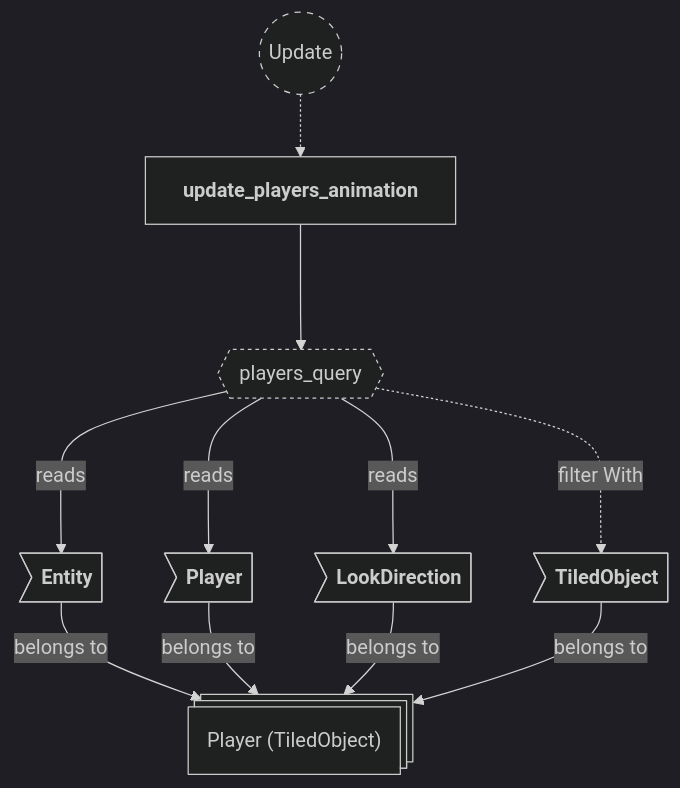
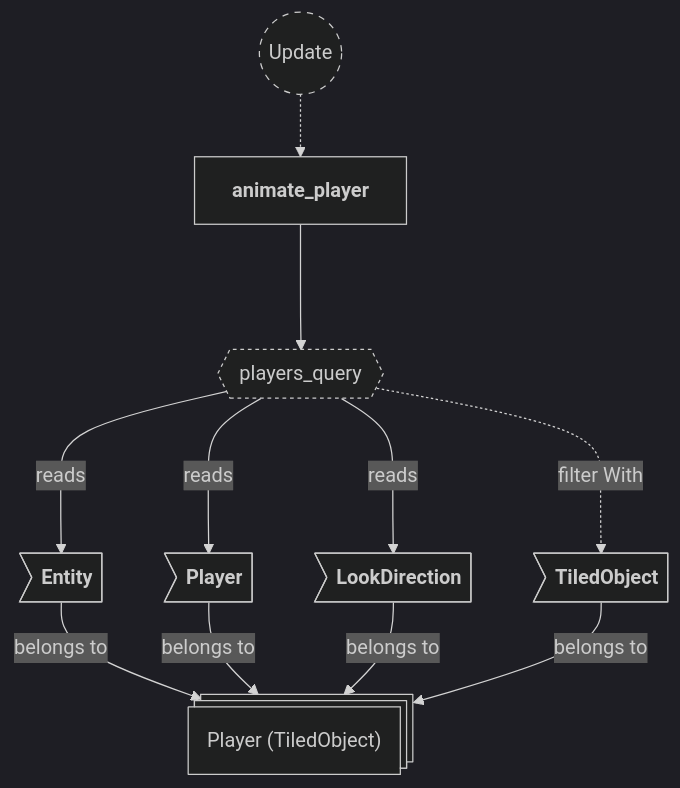
Before and after one commit to neurosoup/tyled: the fourth of 24 diagrams in backlog/docs/doc-5 - 004-Animations-plugin.md, drawn with Mermaid. The commit also changed other lines of this file and 4 other files, not shown here.

````diff
--- a/backlog/docs/doc-5 - 004-Animations-plugin.md
+++ b/backlog/docs/doc-5 - 004-Animations-plugin.md
@@ -191,30 +191,30 @@
 ```mermaid
 ---
 config:
   theme: dark
 ---
 
 flowchart TD
 classDef system-group stroke-dasharray: 5 5
 classDef query stroke-dasharray: 3 3
 
 update(("`Update`")):::system-group
-update_players_animation["`**update_players_animation**`"]
+animate_player["`**animate_player**`"]
 
-update -.-> update_players_animation
+update -.-> animate_player
 
 players_query{{"`players_query`"}}:::query
-update_players_animation ---> players_query
+animate_player ---> players_query
 
 player_entity@{ shape: st-rect, label: "Player (TiledObject)" }
 
 pe_entity>"`**Entity**`"] --> |belongs to| player_entity
 pe_player>"`**Player**`"] --> |belongs to| player_entity
 pe_look_direction>"`**LookDirection**`"] --> |belongs to| player_entity
 pe_tiled_object>"`**TiledObject**`"] --> |belongs to| player_entity
 
 players_query ---> |reads| pe_entity
 players_query ---> |reads| pe_player
 players_query ---> |reads| pe_look_direction
 players_query -..-> |filter With| pe_tiled_object
 ```
````
